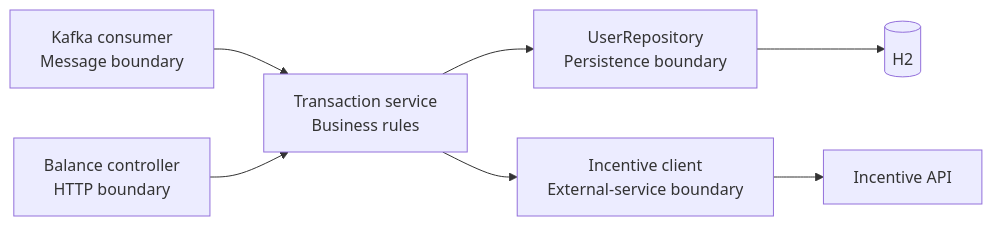
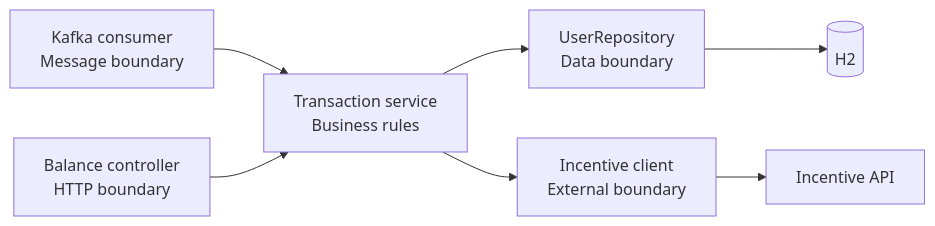
The first of 6 diagrams in docs/architecture.md (SidheshwarSarangal/forage-midas), drawn with Mermaid before and after one commit. The commit also changed other lines of this file and 4 other files, not shown here.

````diff
--- a/docs/architecture.md
+++ b/docs/architecture.md
@@ -7,9 +7,9 @@
 ```mermaid
 flowchart LR
     K[Kafka consumer<br/>Message boundary] --> S[Transaction service<br/>Business rules]
     B[Balance controller<br/>HTTP boundary] --> S
-    S --> R[UserRepository<br/>Persistence boundary]
-    S --> I[Incentive client<br/>External-service boundary]
+    S --> R[UserRepository<br/>Data boundary]
+    S --> I[Incentive client<br/>External boundary]
     R --> H[(H2)]
     I --> A[Incentive API]
 ```
````
